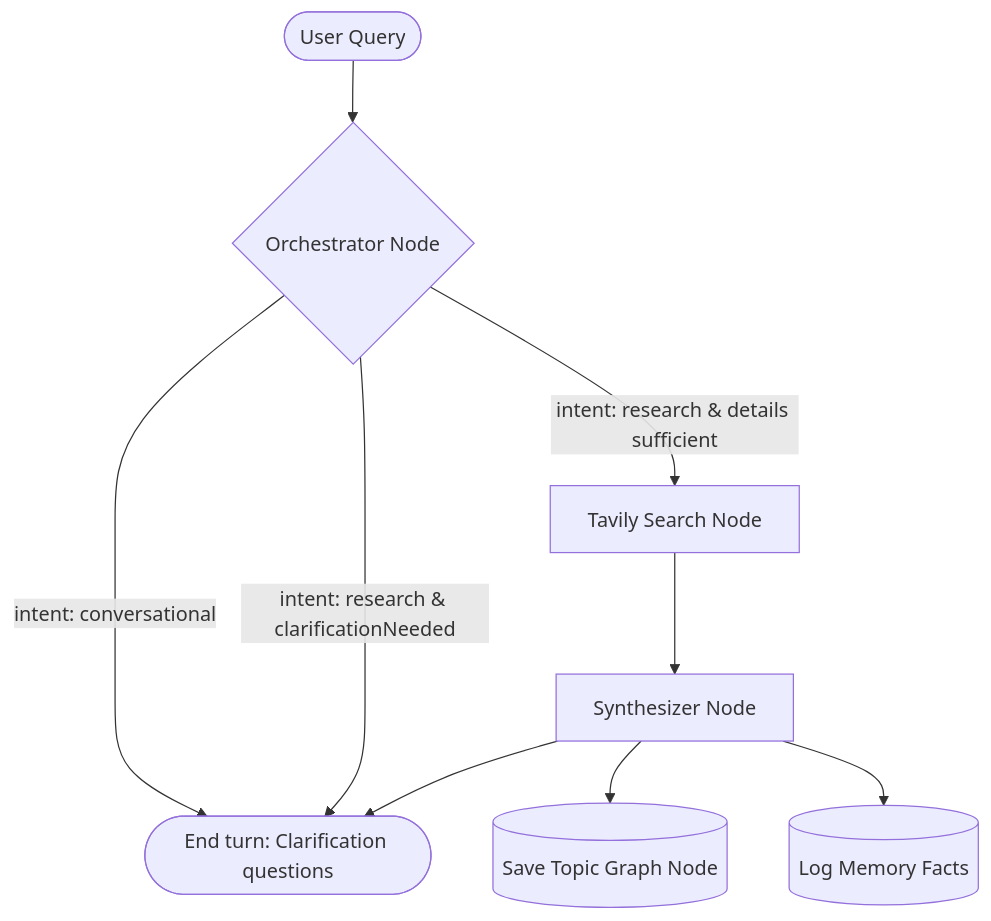
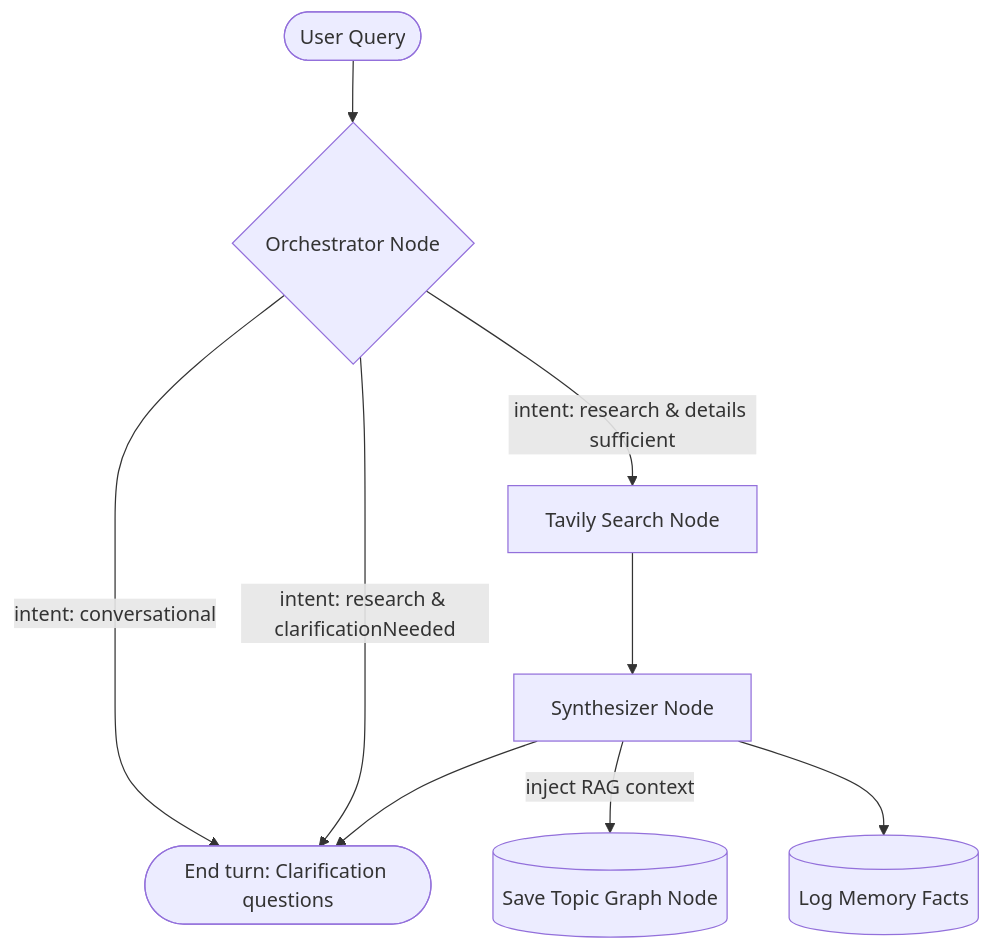
One commit to priyansh87/researchTree changed the diagram in README.md. Above: the diagram before and after it, drawn with Mermaid. The commit also changed other lines of this file, not shown here.

````diff
--- a/README.md
+++ b/README.md
@@ -23,14 +57,14 @@
 ```mermaid
 flowchart TD
     START([User Query]) --> ORCH{Orchestrator Node}
     
     ORCH -- intent: conversational --> END([End turn: conversationalReply])
     ORCH -- intent: research & clarificationNeeded --> END([End turn: Clarification questions])
     
     ORCH -- intent: research & details sufficient --> TAVILY[Tavily Search Node]
     TAVILY --> SYNTH[Synthesizer Node]
     
-    SYNTH --> DB_TOPICS[(Save Topic Graph Node)]
+    SYNTH -- inject RAG context --> DB_TOPICS[(Save Topic Graph Node)]
     SYNTH --> MEMORY[(Log Memory Facts)]
     SYNTH --> END
 ```
````
